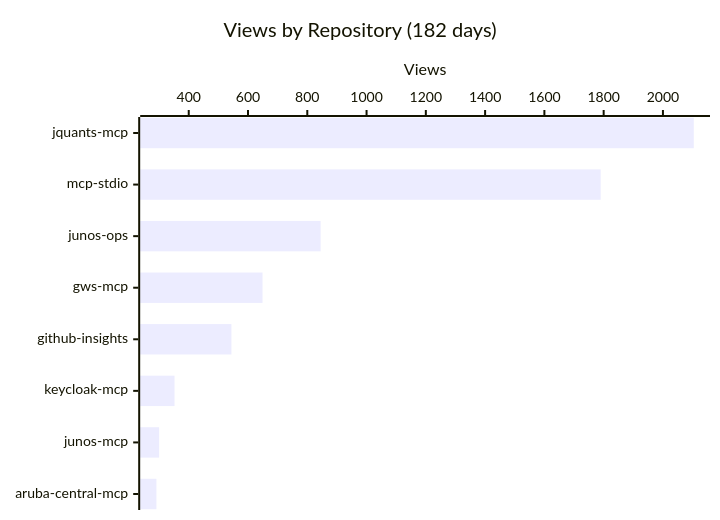
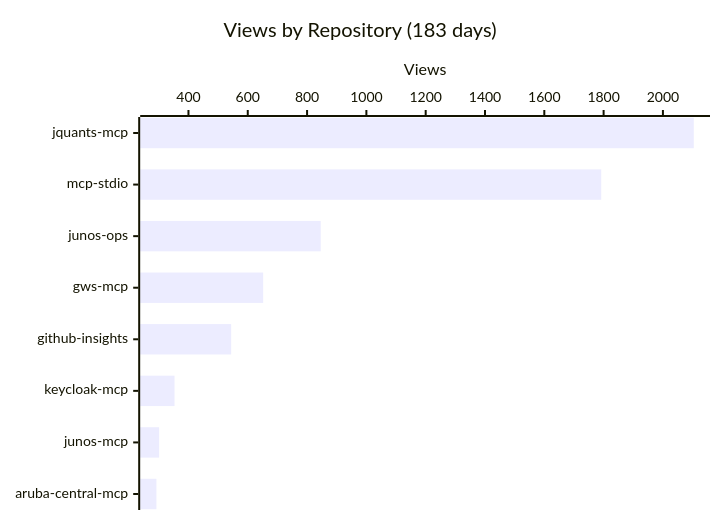
Before and after one commit to shigechika/github-insights: the first of 4 diagrams in README.md, drawn with Mermaid. The commit also changed other lines of this file and 2 other files, not shown here.

````diff
--- a/README.md
+++ b/README.md
@@ -18,7 +18,7 @@
 ```mermaid
 xychart-beta horizontal
-    title "Views by Repository (182 days)"
+    title "Views by Repository (183 days)"
     x-axis ["jquants-mcp", "mcp-stdio", "junos-ops", "gws-mcp", "github-insights", "keycloak-mcp", "junos-mcp", "aruba-central-mcp"]
     y-axis "Views"
-    bar [2104, 1790, 845, 649, 544, 352, 300, 291]
+    bar [2104, 1792, 846, 652, 544, 353, 301, 292]
 ```
````
